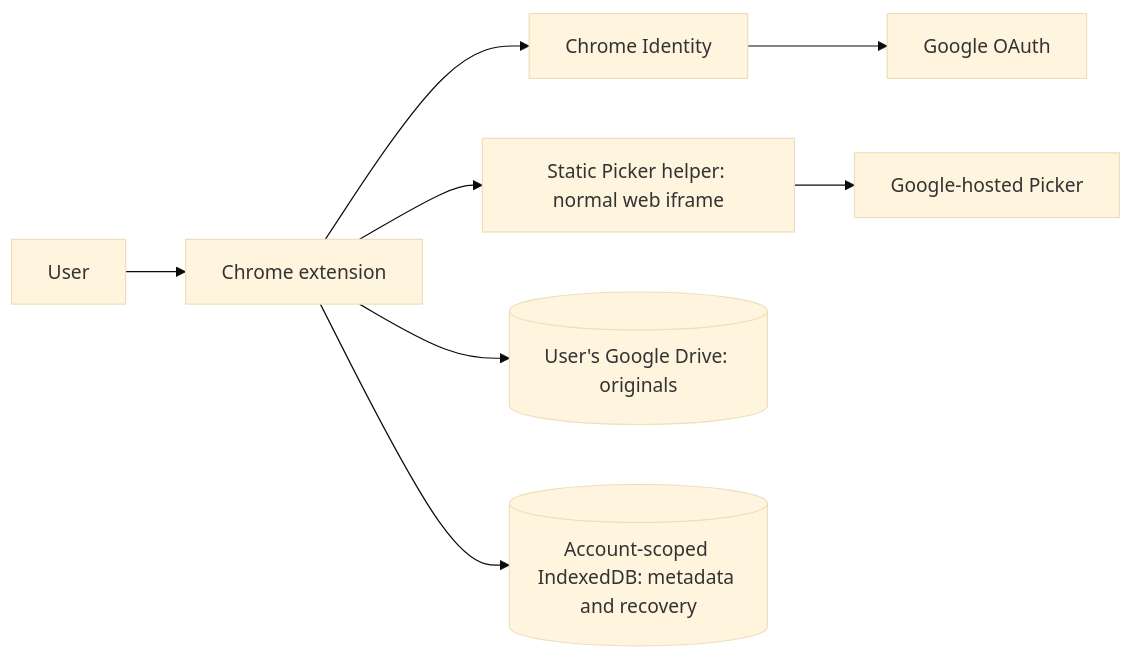
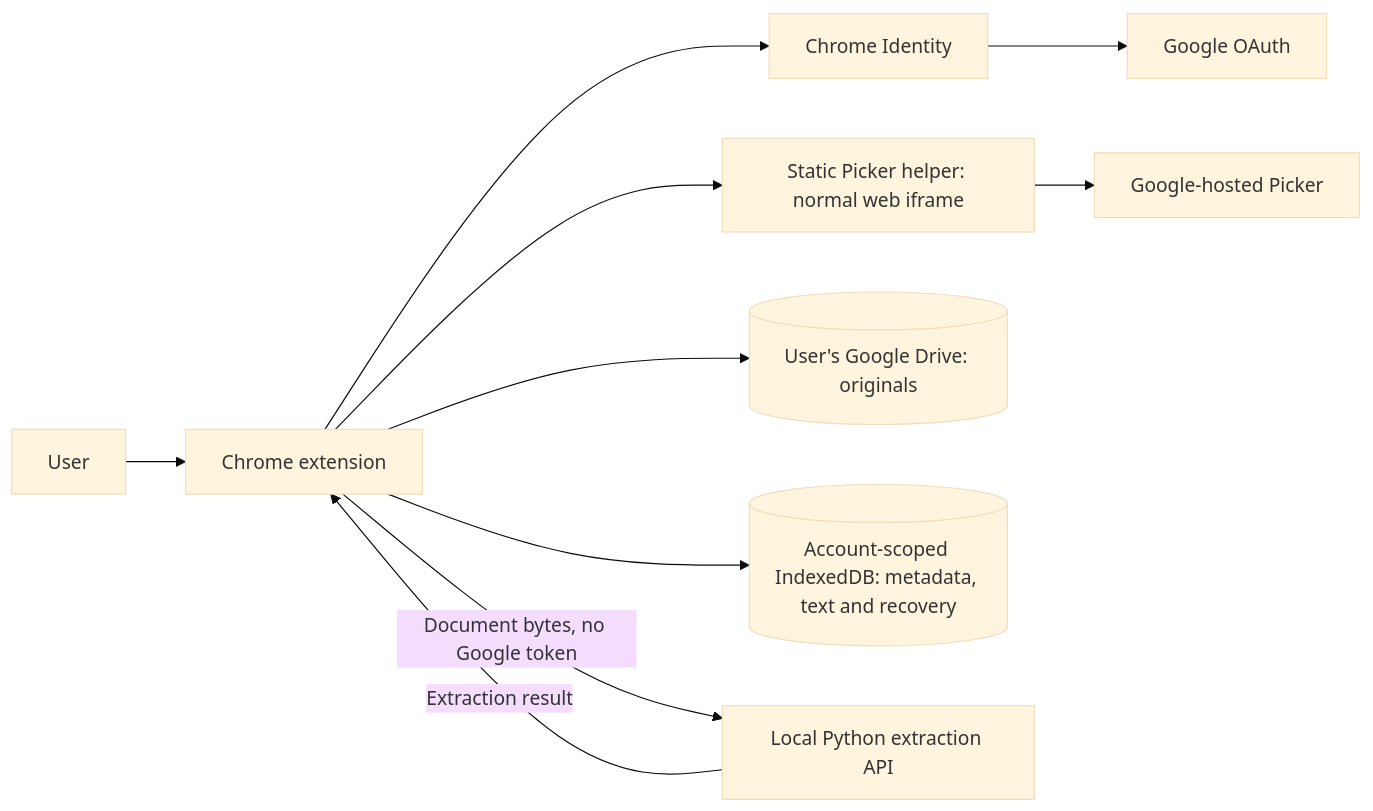
Before and after one commit to SiddharthaGanguli/multimodal-smart-file-organizer: the diagram in docs/architecture.md, drawn with Mermaid (base theme). The commit also changed other lines of this file and 35 other files, not shown here.

Commit message:
feat: integrate Milestone 2 document extraction with Filewise

````diff
--- a/docs/architecture.md
+++ b/docs/architecture.md
@@ -11,10 +12,12 @@
 ```mermaid
 flowchart LR
     U[User] --> E[Chrome extension]
     E --> I[Chrome Identity]
     I --> G[Google OAuth]
     E --> P[Static Picker helper: normal web iframe]
     P --> GP[Google-hosted Picker]
     E --> D[(User's Google Drive: originals)]
-    E --> M[(Account-scoped IndexedDB: metadata and recovery)]
+    E --> M[(Account-scoped IndexedDB: metadata, text and recovery)]
+    E -->|Document bytes, no Google token| A[Local Python extraction API]
+    A -->|Extraction result| E
 ```
````
